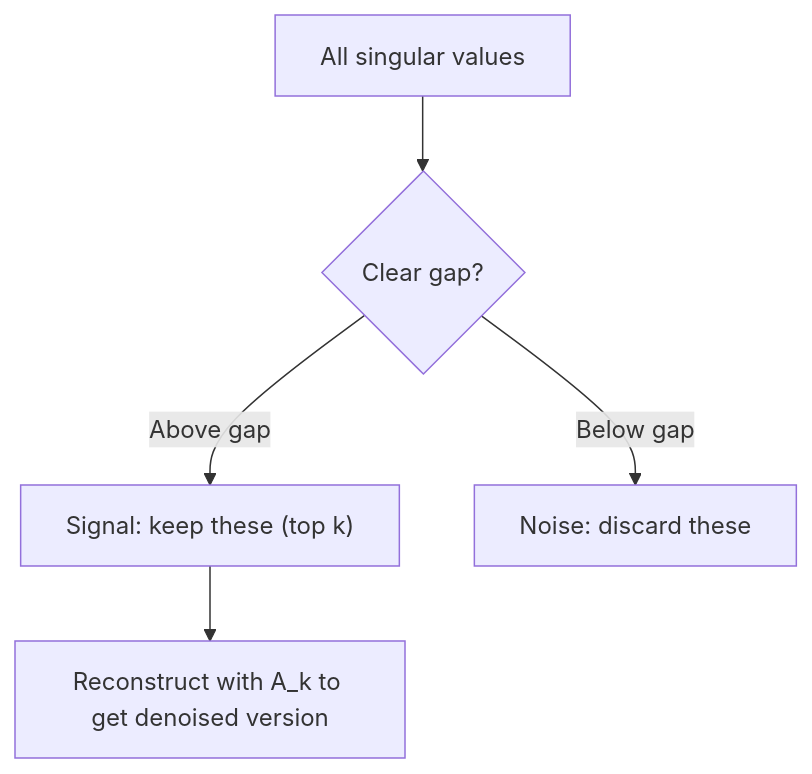
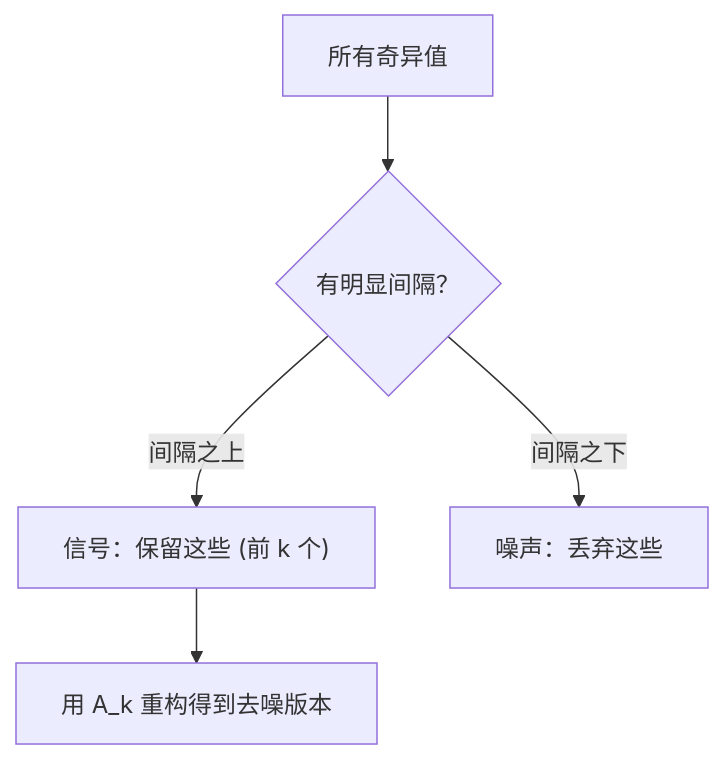
Before and after one commit to alessandrodinisio-ai/ai-engineering-learning-framework: the second of 2 diagrams in phases/01-math-foundations/11-singular-value-decomposition/docs/zh.md, drawn with Mermaid. The commit also changed other lines of this file and 120 other files, not shown here.

First line of the commit message:
i18n(mermaid): 337 个 mermaid 图表标签中文化

````diff
--- a/phases/01-math-foundations/11-singular-value-decomposition/docs/zh.md
+++ b/phases/01-math-foundations/11-singular-value-decomposition/docs/zh.md
@@ -274,7 +274,7 @@
 ```mermaid
 graph TD
-    A["All singular values"] --> B{"Clear gap?"}
-    B -->|"Above gap"| C["Signal: keep these (top k)"]
-    B -->|"Below gap"| D["Noise: discard these"]
-    C --> E["Reconstruct with A_k to get denoised version"]
+    A["所有奇异值"] --> B{"有明显间隔？"}
+    B -->|"间隔之上"| C["信号：保留这些 (前 k 个)"]
+    B -->|"间隔之下"| D["噪声：丢弃这些"]
+    C --> E["用 A_k 重构得到去噪版本"]
 ```
````
